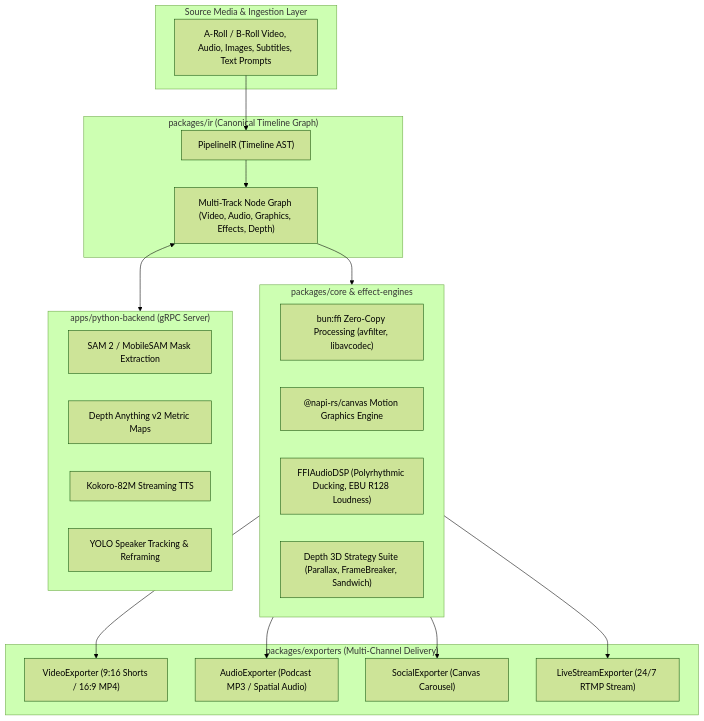
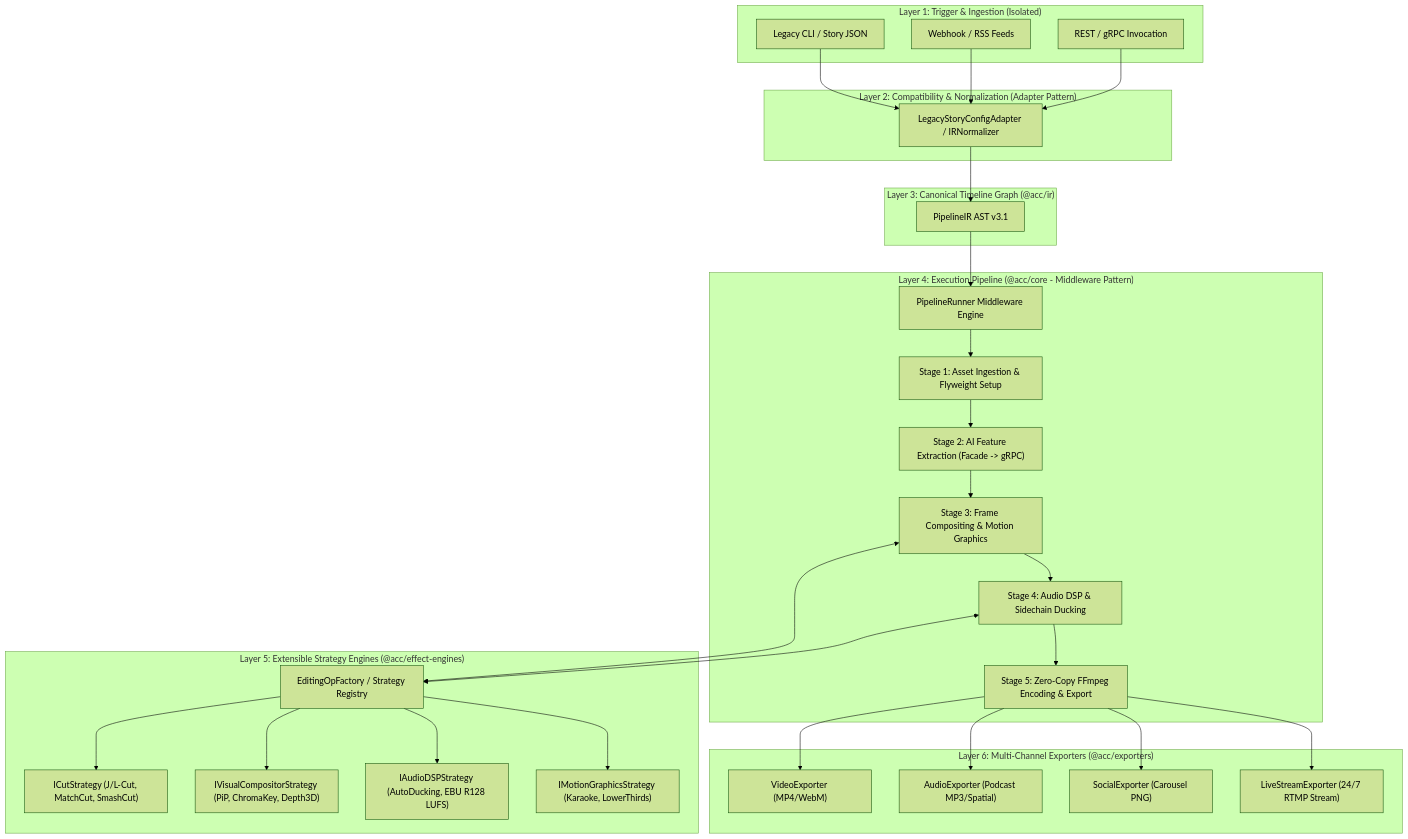
The first of 2 diagrams in docs/SYSTEMATIC_VIDEO_EDITING_ARCHITECTURE_PLAN.md (tamanle23/acc), drawn with Mermaid (forest theme) before and after one commit. The commit also changed other lines of this file, not shown here.

First line of the commit message:
docs: finalize systematic video editing master implementation plan

````diff
--- a/docs/SYSTEMATIC_VIDEO_EDITING_ARCHITECTURE_PLAN.md
+++ b/docs/SYSTEMATIC_VIDEO_EDITING_ARCHITECTURE_PLAN.md
@@ -23,38 +19,50 @@
 ```mermaid
 flowchart TD
-    subgraph Input ["Source Media & Ingestion Layer"]
-        RAW["A-Roll / B-Roll Video, Audio, Images, Subtitles, Text Prompts"]
+    subgraph Trigger_Ingestion ["Layer 1: Trigger & Ingestion (Isolated)"]
+        CLI_In["Legacy CLI / Story JSON"]
+        WH_In["Webhook / RSS Feeds"]
+        API_In["REST / gRPC Invocation"]
     end
 
-    subgraph IR_Layer ["packages/ir (Canonical Timeline Graph)"]
-        P_IR["PipelineIR (Timeline AST)"]
-        TRACKS["Multi-Track Node Graph (Video, Audio, Graphics, Effects, Depth)"]
-        P_IR --> TRACKS
+    subgraph Compatibility_Adapter ["Layer 2: Compatibility & Normalization (Adapter Pattern)"]
+        ADAPTER["LegacyStoryConfigAdapter / IRNormalizer"]
+        CLI_In --> ADAPTER
+        WH_In --> ADAPTER
+        API_In --> ADAPTER
     end
 
-    subgraph Core_Engine ["packages/core & effect-engines"]
-        FFI["bun:ffi Zero-Copy Processing (avfilter, libavcodec)"]
-        CANVAS["@napi-rs/canvas Motion Graphics Engine"]
-        DSP["FFIAudioDSP (Polyrhythmic Ducking, EBU R128 Loudness)"]
-        FX3D["Depth 3D Strategy Suite (Parallax, FrameBreaker, Sandwich)"]
+    subgraph Canonical_IR ["Layer 3: Canonical Timeline Graph (@acc/ir)"]
+        P_IR["PipelineIR AST v3.1"]
+        ADAPTER --> P_IR
     end
 
-    subgraph AI_Backend ["apps/python-backend (gRPC Server)"]
-        SAM2["SAM 2 / MobileSAM Mask Extraction"]
-        DA2["Depth Anything v2 Metric Maps"]
-        KOKORO["Kokoro-82M Streaming TTS"]
-        YOLO["YOLO Speaker Tracking & Reframing"]
+    subgraph Pipeline_Middleware ["Layer 4: Execution Pipeline (@acc/core - Middleware Pattern)"]
+        P_RUNNER["PipelineRunner Middleware Engine"]
+        P_IR --> P_RUNNER
+        STAGE1["Stage 1: Asset Ingestion & Flyweight Setup"]
+        STAGE2["Stage 2: AI Feature Extraction (Facade -> gRPC)"]
+        STAGE3["Stage 3: Frame Compositing & Motion Graphics"]
+        STAGE4["Stage 4: Audio DSP & Sidechain Ducking"]
+        STAGE5["Stage 5: Zero-Copy FFmpeg Encoding & Export"]
+
+        P_RUNNER --> STAGE1 --> STAGE2 --> STAGE3 --> STAGE4 --> STAGE5
     end
 
-    subgraph Exporters ["packages/exporters (Multi-Channel Delivery)"]
-        V_EXP["VideoExporter (9:16 Shorts / 16:9 MP4)"]
-        A_EXP["AudioExporter (Podcast MP3 / Spatial Audio)"]
-        S_EXP["SocialExporter (Canvas Carousel)"]
-        L_EXP["LiveStreamExporter (24/7 RTMP Stream)"]
+    subgraph Pattern_Engines ["Layer 5: Extensible Strategy Engines (@acc/effect-engines)"]
+        FACTORY["EditingOpFactory / Strategy Registry"]
+        CUT_STRAT["ICutStrategy (J/L-Cut, MatchCut, SmashCut)"]
+        FX_STRAT["IVisualCompositorStrategy (PiP, ChromaKey, Depth3D)"]
+        DSP_STRAT["IAudioDSPStrategy (AutoDucking, EBU R128 LUFS)"]
+        GFX_STRAT["IMotionGraphicsStrategy (Karaoke, LowerThirds)"]
+
+        FACTORY --> CUT_STRAT & FX_STRAT & DSP_STRAT & GFX_STRAT
+        STAGE3 & STAGE4 <--> FACTORY
     end
 
-    RAW --> P_IR
-    TRACKS --> Core_Engine
-    TRACKS <--> AI_Backend
-    Core_Engine --> V_EXP & A_EXP & S_EXP & L_EXP
+    subgraph Output_Exporters ["Layer 6: Multi-Channel Exporters (@acc/exporters)"]
+        STAGE5 --> V_EXP["VideoExporter (MP4/WebM)"]
+        STAGE5 --> A_EXP["AudioExporter (Podcast MP3/Spatial)"]
+        STAGE5 --> S_EXP["SocialExporter (Carousel PNG)"]
+        STAGE5 --> L_EXP["LiveStreamExporter (24/7 RTMP Stream)"]
+    end
 ```
````
